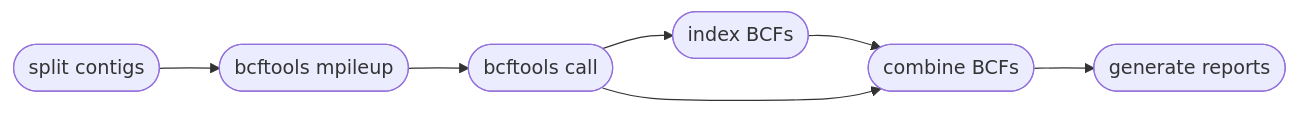
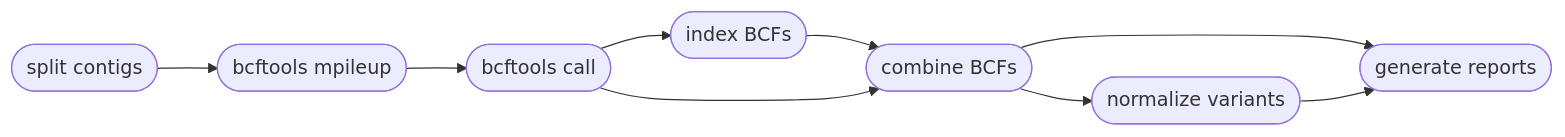
One commit to pdimens/harpy changed the first of 2 diagrams in Modules/variantcalling.md. Above: the diagram before and after it, drawn with Mermaid. The commit also changed other lines of this file and 1 other file, not shown here.

````diff
--- a/Modules/variantcalling.md
+++ b/Modules/variantcalling.md
@@ -96,9 +96,11 @@
 ```mermaid
 graph LR
     A([split contigs]) --> B([bcftools mpileup])
     B-->C([bcftools call])
     C-->D([index BCFs])
     D-->E([combine BCFs])
     C-->E
+    E-->G([normalize variants])
     E-->F([generate reports])
+    G-->F
 ```
````
